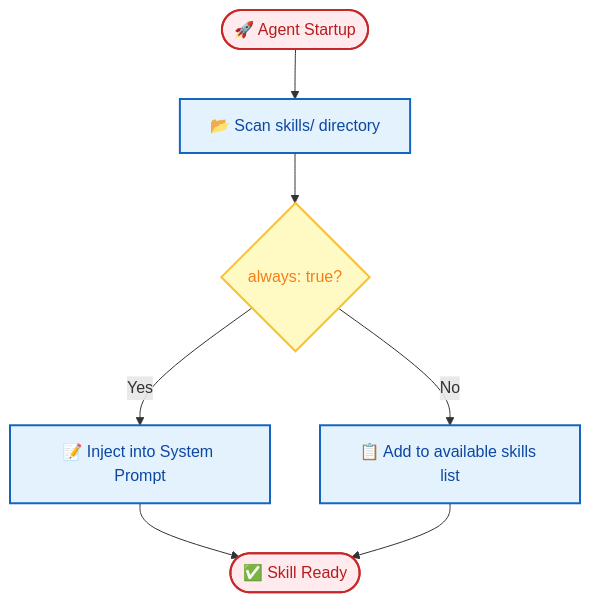
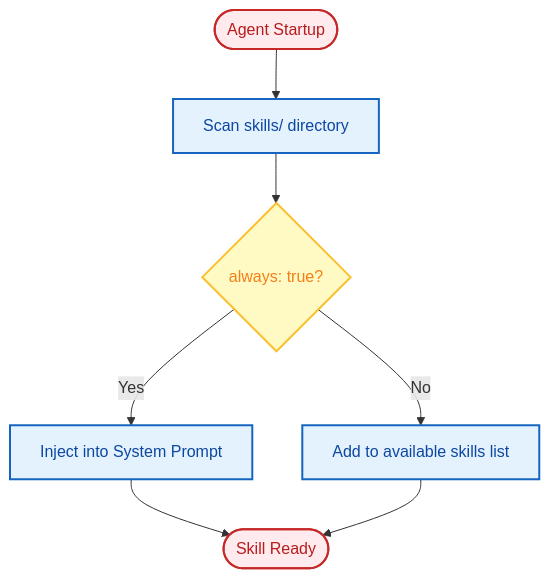
Before and after one commit to xt765/FinchBot: the third of 4 diagrams in docs/en-US/guide/extension.md, drawn with Mermaid. The commit also changed other lines of this file and 18 other files, not shown here.

First line of the commit message:
docs: 简化架构图并删除所有mermaid图中的表情包

````diff
--- a/docs/en-US/guide/extension.md
+++ b/docs/en-US/guide/extension.md
@@ -241,14 +240,13 @@
 ```mermaid
 flowchart TD
-    %% Style Definitions
     classDef startEnd fill:#ffebee,stroke:#c62828,stroke-width:2px,color:#b71c1c;
     classDef process fill:#e3f2fd,stroke:#1565c0,stroke-width:2px,color:#0d47a1;
     classDef decision fill:#fff9c4,stroke:#fbc02d,stroke-width:2px,color:#f57f17;
 
-    A([🚀 Agent Startup]):::startEnd --> B[📂 Scan skills/ directory]:::process
+    A([Agent Startup]):::startEnd --> B[Scan skills/ directory]:::process
     B --> C{always: true?}:::decision
-    C -->|Yes| D[📝 Inject into System Prompt]:::process
-    C -->|No| E[📋 Add to available skills list]:::process
-    D --> F([✅ Skill Ready]):::startEnd
+    C -->|Yes| D[Inject into System Prompt]:::process
+    C -->|No| E[Add to available skills list]:::process
+    D --> F([Skill Ready]):::startEnd
     E --> F
 ```
````
